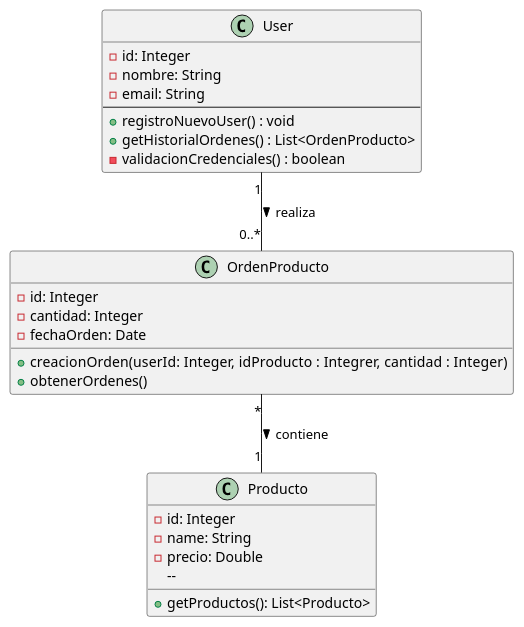
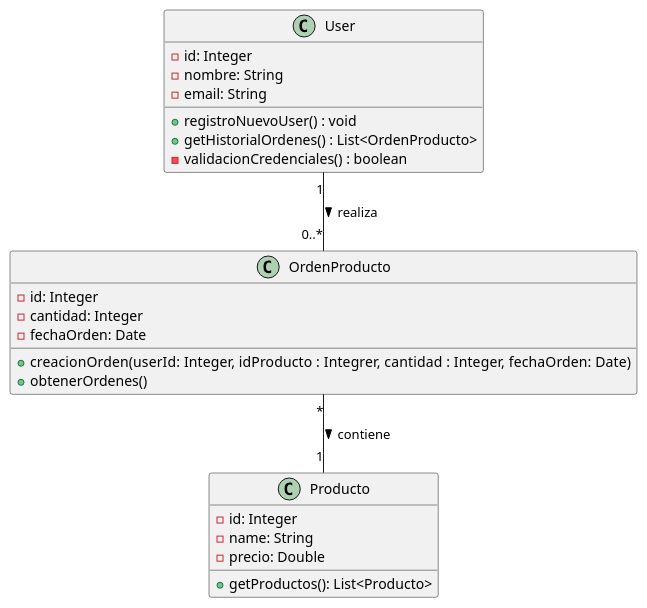
The diagram in src/uml/DCGestionPedidosAguilarCastellanos.puml (Luis-Aguilar-0/PreExamen2AMS), drawn with PlantUML before and after one commit. The commit also changed 2 other files, not shown here.

Commit message:
fix(diagramas uml): Corrección en diagramas UML

```diff
--- a/src/uml/DCGestionPedidosAguilarCastellanos.puml
+++ b/src/uml/DCGestionPedidosAguilarCastellanos.puml
@@ -1,35 +1,35 @@
 @startuml
 
 class User {
     - id: Integer
     - nombre: String
     - email: String
-    --
+
     + registroNuevoUser() : void
     + getHistorialOrdenes() : List<OrdenProducto>
     - validacionCredenciales() : boolean
 }
 
 class Producto {
 
     - id: Integer
     - name: String
     - precio: Double
-    --
+
     + getProductos(): List<Producto>
     
 }
 
 class OrdenProducto {
 
     - id: Integer
     - cantidad: Integer
     - fechaOrden: Date
-    + creacionOrden(userId: Integer, idProducto : Integrer,  cantidad : Integer)
+    + creacionOrden(userId: Integer, idProducto : Integrer,  cantidad : Integer, fechaOrden: Date)
     + obtenerOrdenes()
 }
 
 User "1" -- "0..*" OrdenProducto : "realiza >"
 OrdenProducto "*" -- "1" Producto : "contiene >" 
 
 @enduml
```
